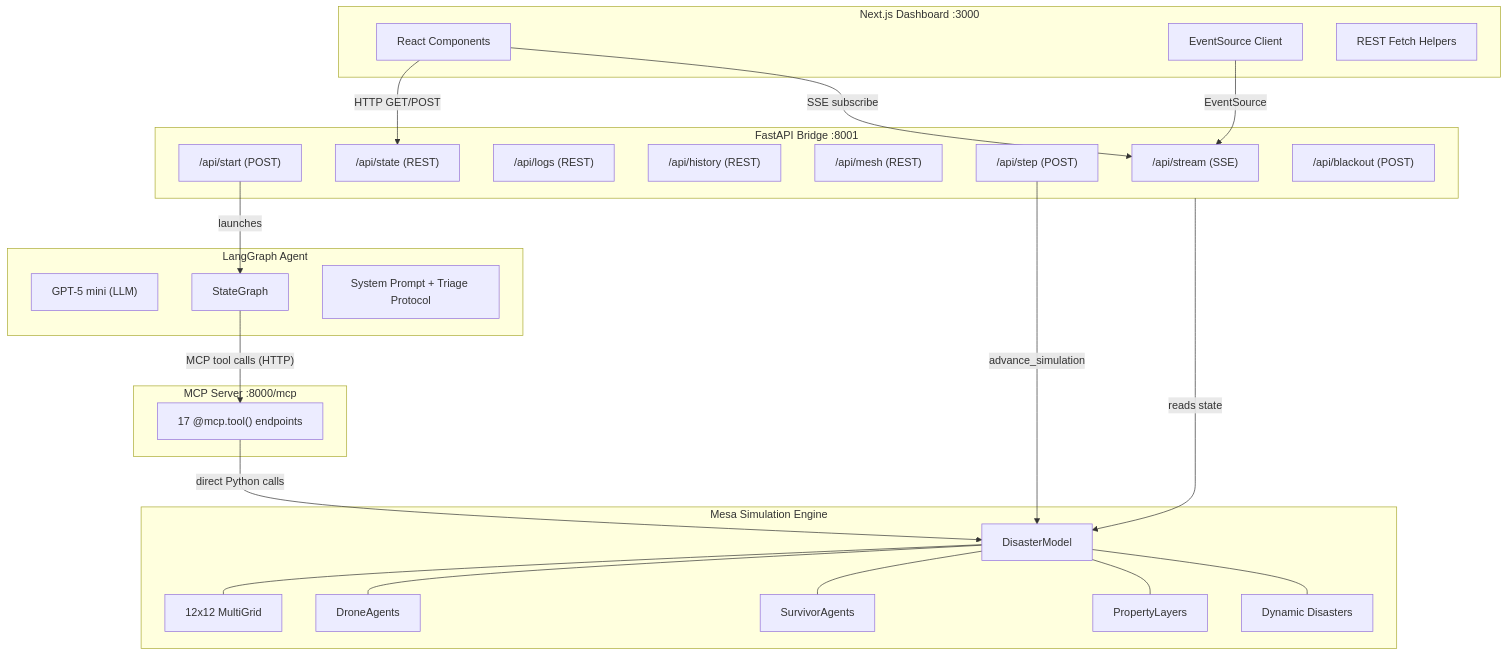
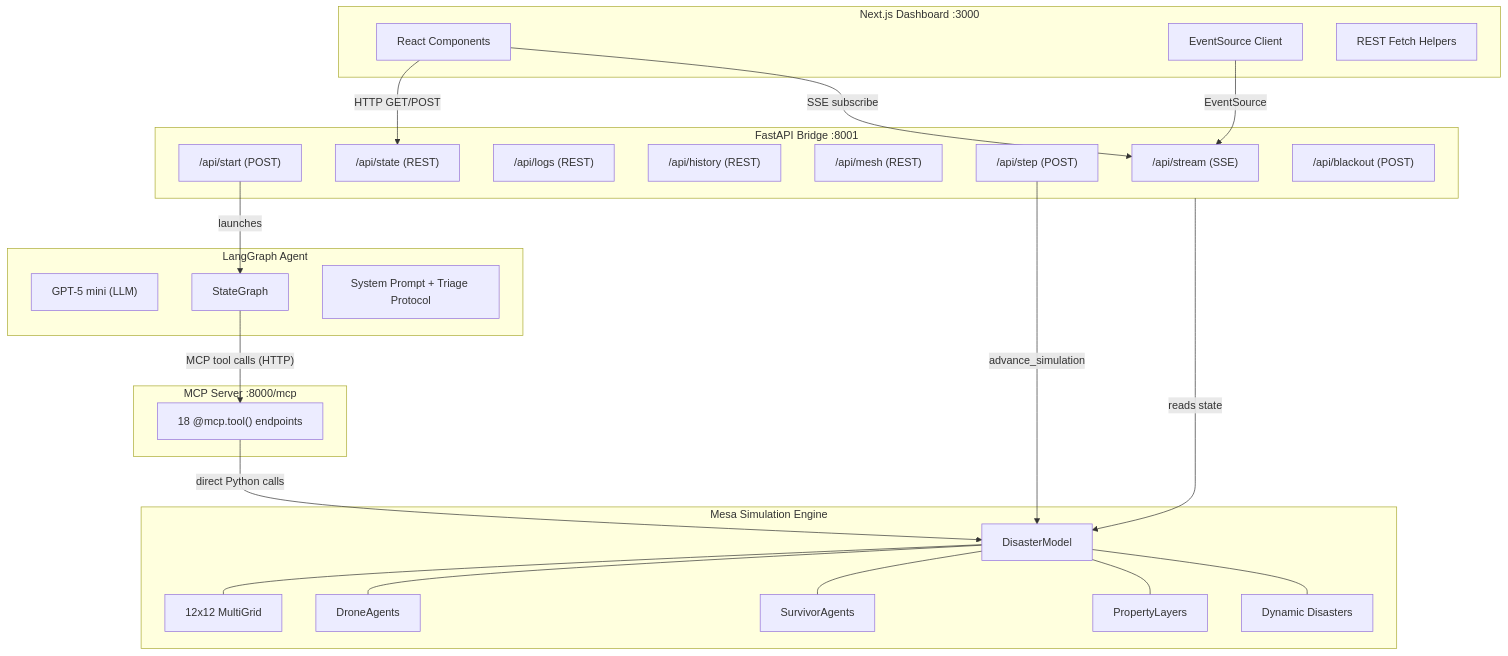
The first of 6 diagrams in README.md (Andersonnn7788/drone-agents), drawn with Mermaid before and after one commit. The commit also changed other lines of this file and 27 other files, not shown here.

````diff
--- a/README.md
+++ b/README.md
@@ -36,56 +36,56 @@
 ```mermaid
 flowchart TB
     subgraph Frontend["Next.js Dashboard :3000"]
         RC[React Components]
         ES[EventSource Client]
         REST_C[REST Fetch Helpers]
     end
 
     subgraph API["FastAPI Bridge :8001"]
         SSE["/api/stream (SSE)"]
         STATE["/api/state (REST)"]
         LOGS["/api/logs (REST)"]
         HIST["/api/history (REST)"]
         MESH_EP["/api/mesh (REST)"]
         START["/api/start (POST)"]
         STEP["/api/step (POST)"]
         BLACKOUT_EP["/api/blackout (POST)"]
     end
 
     subgraph Agent["LangGraph Agent"]
         LLM["GPT-5 mini (LLM)"]
         SG[StateGraph]
         SP[System Prompt + Triage Protocol]
     end
 
     subgraph MCP["MCP Server :8000/mcp"]
-        TOOLS["17 @mcp.tool() endpoints"]
+        TOOLS["18 @mcp.tool() endpoints"]
     end
 
     subgraph Sim["Mesa Simulation Engine"]
         MODEL[DisasterModel]
         GRID["12x12 MultiGrid"]
         DRONES[DroneAgents]
         SURVIVORS[SurvivorAgents]
         PL[PropertyLayers]
         DYN[Dynamic Disasters]
     end
 
     RC -->|"SSE subscribe"| SSE
     RC -->|"HTTP GET/POST"| STATE
     ES -->|"EventSource"| SSE
 
     API -->|"reads state"| MODEL
 
     SG -->|"MCP tool calls (HTTP)"| TOOLS
     TOOLS -->|"direct Python calls"| MODEL
 
     START -->|"launches"| SG
     STEP -->|"advance_simulation"| MODEL
 
     MODEL --- GRID
     MODEL --- DRONES
     MODEL --- SURVIVORS
     MODEL --- PL
     MODEL --- DYN
 ```
````
